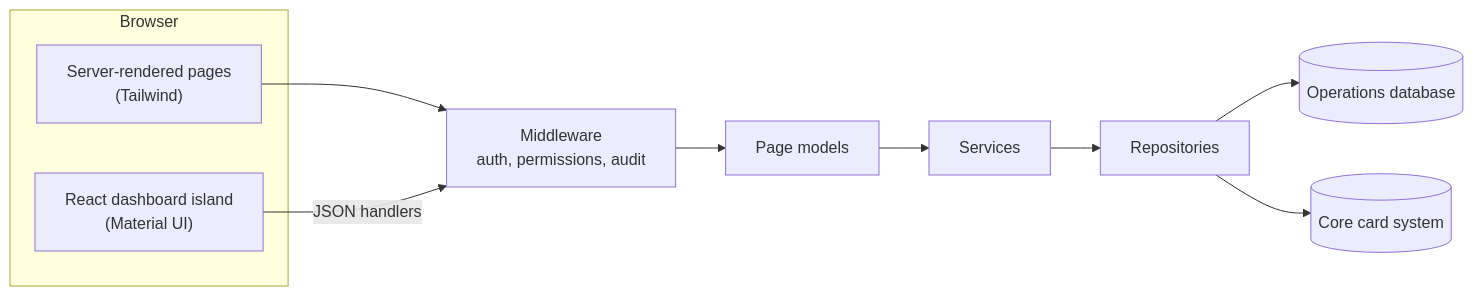
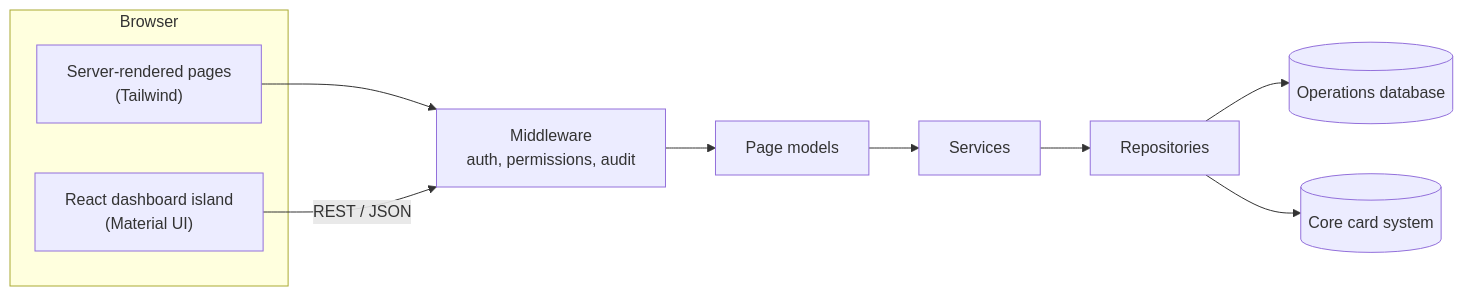
The diagram in README.md (Sarim375/VIGIL-ATM-Transaction-Monitoring-System), drawn with Mermaid before and after one commit. The commit also changed other lines of this file, not shown here.

````diff
--- a/README.md
+++ b/README.md
@@ -74,13 +75,13 @@
 ```mermaid
 flowchart LR
     subgraph Browser
         RP["Server-rendered pages<br/>(Tailwind)"]
         RI["React dashboard island<br/>(Material UI)"]
     end
     RP --> MW
-    RI -->|JSON handlers| MW
+    RI -->|REST / JSON| MW
     MW["Middleware<br/>auth, permissions, audit"] --> PM["Page models"]
     PM --> SV["Services"] --> RE["Repositories"]
     RE --> DB[("Operations database")]
     RE --> HOST[("Core card system")]
 ```
````
